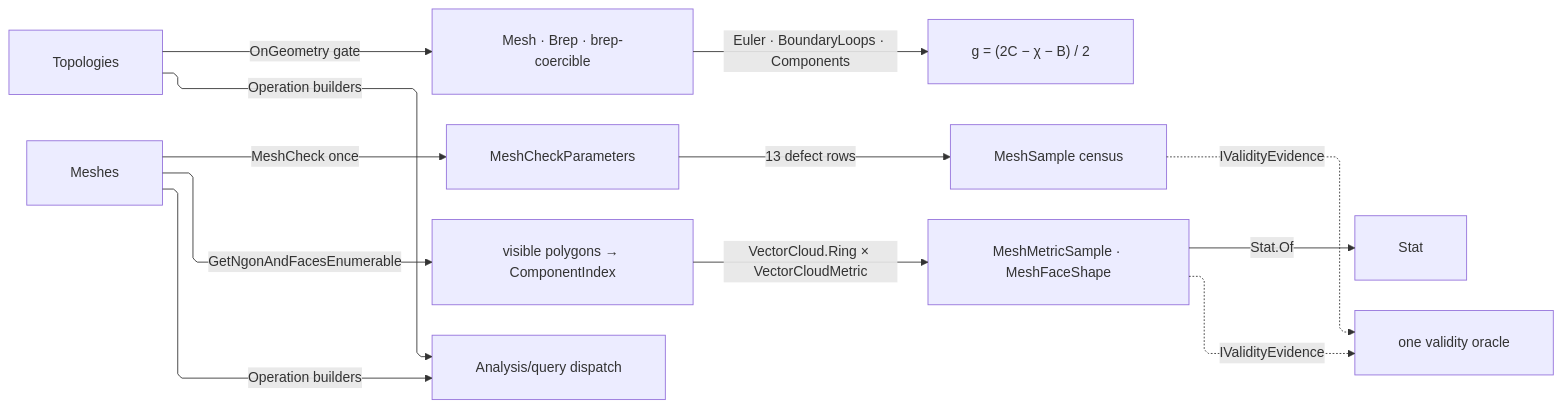
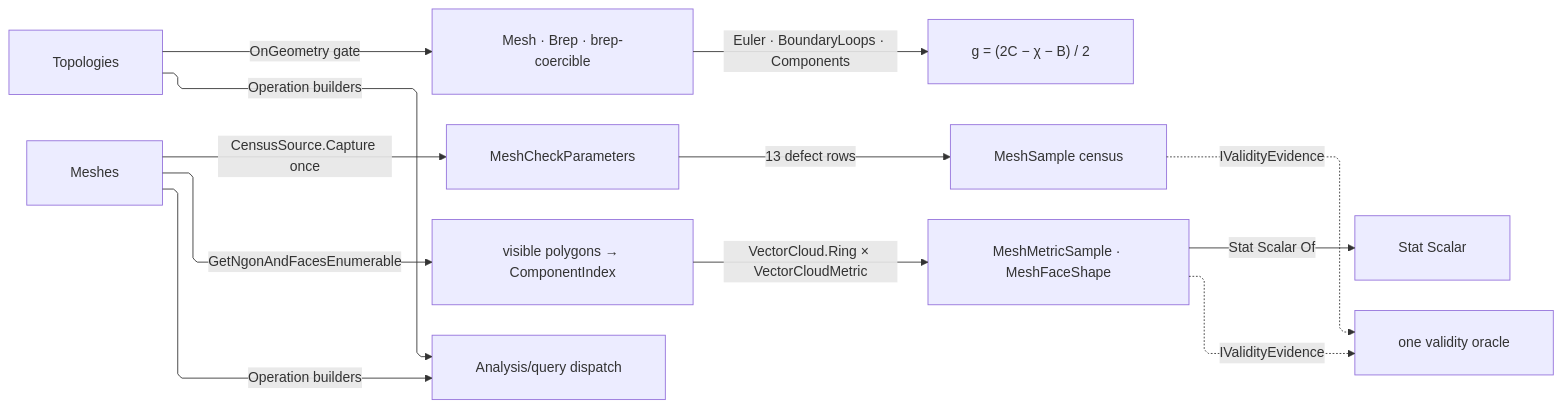
Before and after one commit to bsamiee/Rasm: the diagram in libs/csharp/Rasm/.planning/Analysis/inspect.md, drawn with Mermaid. The commit also changed other lines of this file and 818 other files, not shown here.

````diff
--- a/libs/csharp/Rasm/.planning/Analysis/inspect.md
+++ b/libs/csharp/Rasm/.planning/Analysis/inspect.md
@@ -549,21 +612,21 @@
 ```mermaid
 ---
 config:
   layout: elk
   flowchart:
     curve: linear
     padding: 25
 ---
 flowchart LR
     accTitle: Topology and mesh inspection census
-    accDescr: Topologies resolving Euler characteristic, boundary loops, and components into genus, meshes capturing one check into a thirteen-row defect census and visible polygons into metric samples summarized as statistics, both feeding the validity oracle and entering the query dispatch as operation builders.
+    accDescr: Topologies resolving Euler characteristic, boundary loops, and components into genus, meshes capturing one check through the census source row into a thirteen-row defect census and visible polygons into metric samples summarized as carrier statistics, both feeding the validity oracle and entering the query dispatch as operation builders.
     Topologies -->|OnGeometry gate| Duality[Mesh · Brep · brep-coercible]
     Duality -->|Euler · BoundaryLoops · Components| Genus["g = (2C − χ − B) / 2"]
-    Meshes -->|MeshCheck once| Capture[MeshCheckParameters]
+    Meshes -->|CensusSource.Capture once| Capture[MeshCheckParameters]
     Capture -->|13 defect rows| Samples[MeshSample census]
     Meshes -->|GetNgonAndFacesEnumerable| Polygons[visible polygons → ComponentIndex]
     Polygons -->|VectorCloud.Ring × VectorCloudMetric| Metrics[MeshMetricSample · MeshFaceShape]
-    Metrics -->|Stat.Of| Summary[Stat]
+    Metrics -->|Stat Scalar Of| Summary[Stat Scalar]
     Samples & Metrics -.->|IValidityEvidence| Oracle[one validity oracle]
     Topologies & Meshes -->|Operation builders| Query[Analysis/query dispatch]
 ```
````
